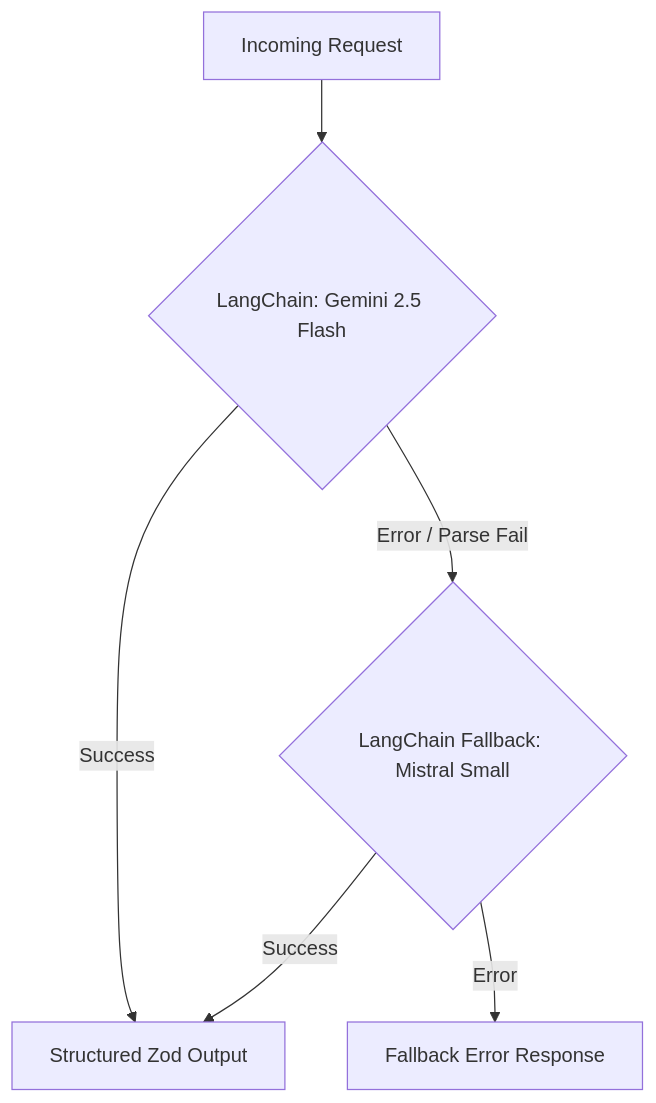
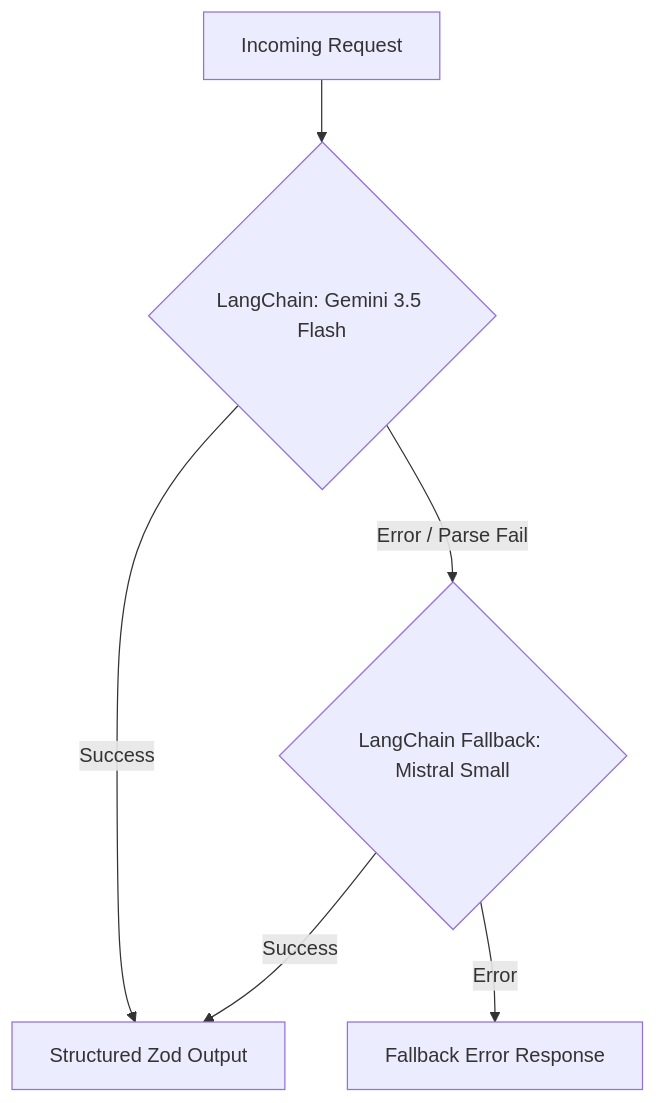
Before and after one commit to Pranav-789/vitraga_assignment: the third of 3 diagrams in README.md, drawn with Mermaid. The commit also changed 23 other files, not shown here.

````diff
--- a/README.md
+++ b/README.md
@@ -101,9 +101,9 @@
 ```mermaid
 graph TD
-    A[Incoming Request] --> B{LangChain: Gemini 2.5 Flash}
+    A[Incoming Request] --> B{LangChain: Gemini 3.5 Flash}
     B -- Success --> C[Structured Zod Output]
     B -- Error / Parse Fail --> D{LangChain Fallback: Mistral Small}
     D -- Success --> C
     D -- Error --> E[Fallback Error Response]
 
 ```
````
